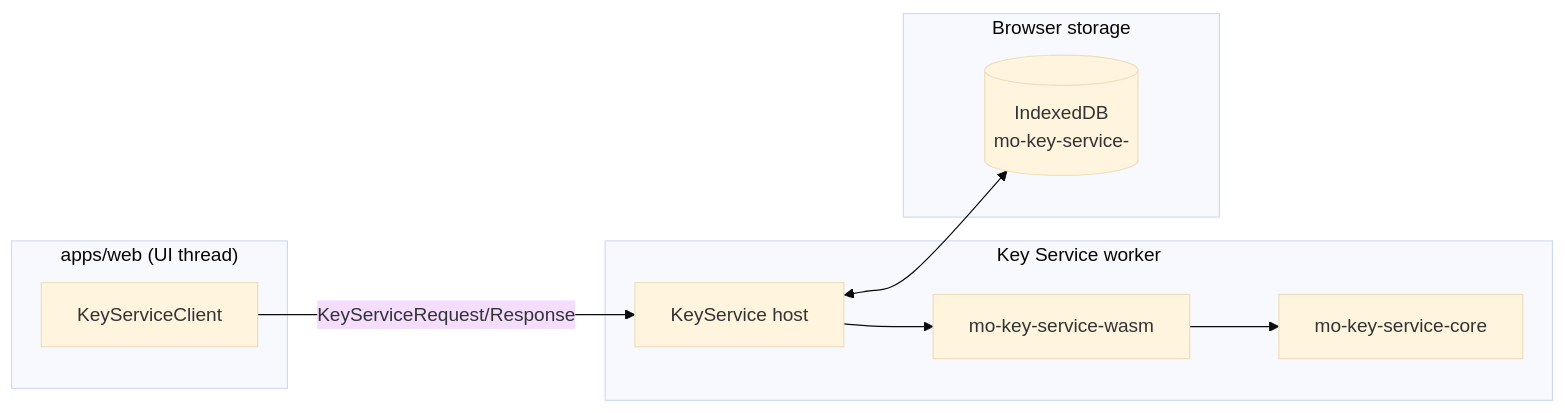
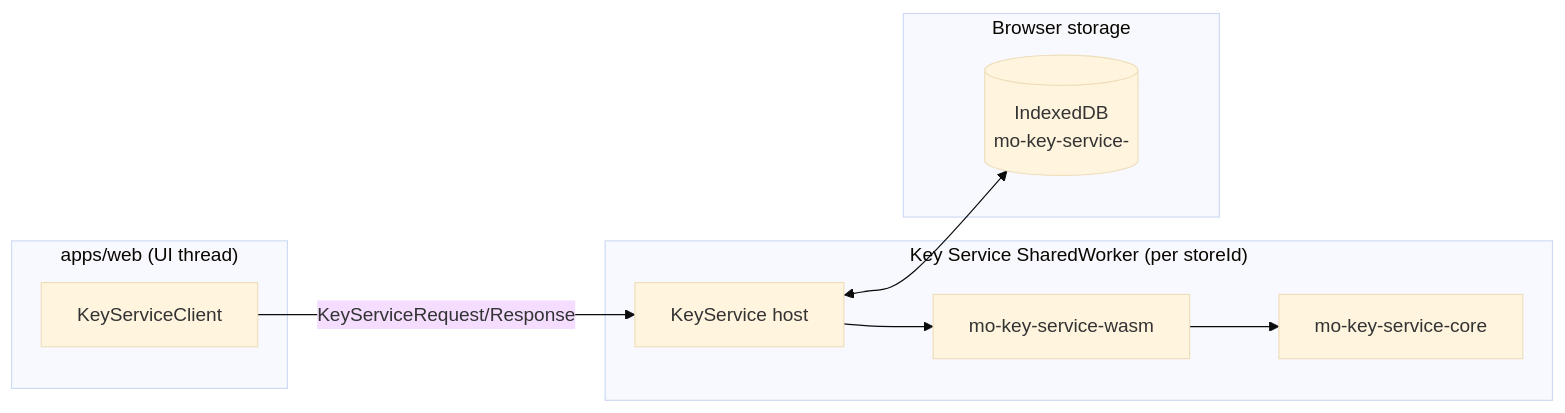
One commit to chronologion/mo-local changed the diagram in docs/architecture/key-service-web.md. Above: the diagram before and after it, drawn with Mermaid (base theme). The commit also changed other lines of this file, not shown here.

Commit message:
docs(architecture): update key service web worker

````diff
--- a/docs/architecture/key-service-web.md
+++ b/docs/architecture/key-service-web.md
@@ -19,20 +20,20 @@
 ```mermaid
 flowchart LR
   subgraph UI["apps/web (UI thread)"]
     UIReq["KeyServiceClient"]
   end
 
-  subgraph Worker["Key Service worker"]
+  subgraph Worker["Key Service SharedWorker (per storeId)"]
     Host["KeyService host"]
     Wasm["mo-key-service-wasm"]
     Core["mo-key-service-core"]
   end
 
   subgraph Storage["Browser storage"]
     IDB[("IndexedDB\nmo-key-service-<storeId>")]
   end
 
   UIReq -->|"KeyServiceRequest/Response"| Host
   Host --> Wasm --> Core
   Host <--> IDB
 ```
````
